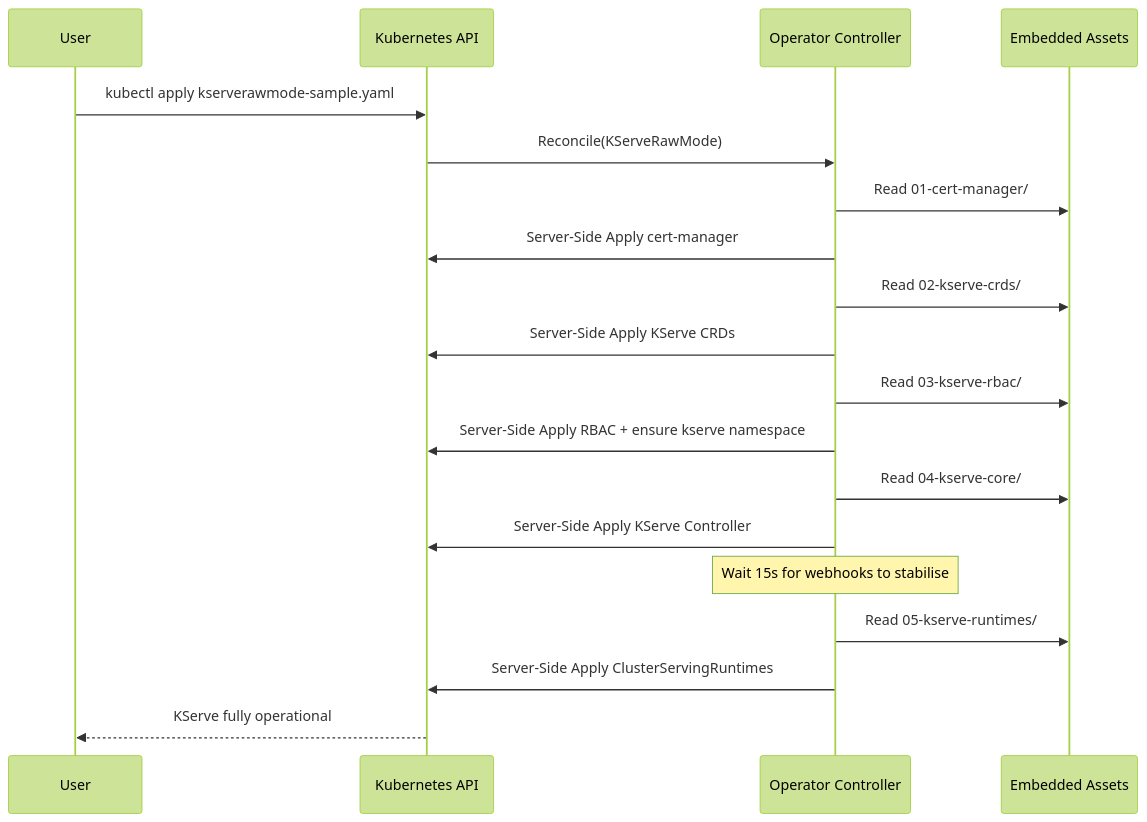
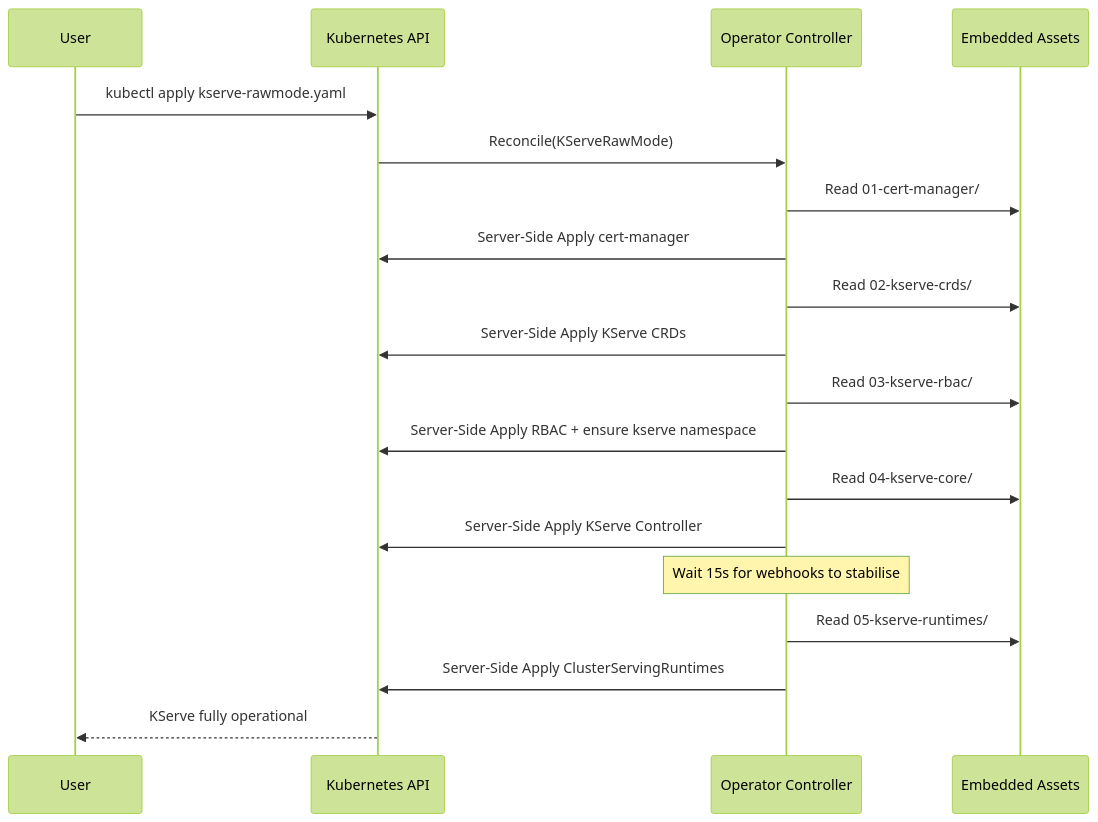
One commit to skyakash/kserve-op changed the second of 2 diagrams in architecture-diagram.md. Above: the diagram before and after it, drawn with Mermaid (forest theme). The commit also changed other lines of this file and 9 other files, not shown here.

First line of the commit message:
feat: auto-init CR on startup + rename to kserve-rawmode + fix OLM deploy docs

````diff
--- a/architecture-diagram.md
+++ b/architecture-diagram.md
@@ -63,22 +63,22 @@
 ```mermaid
 sequenceDiagram
     participant User
     participant K8s as Kubernetes API
     participant Ctrl as Operator Controller
     participant Assets as Embedded Assets
 
-    User->>K8s: kubectl apply kserverawmode-sample.yaml
+    User->>K8s: kubectl apply kserve-rawmode.yaml
     K8s->>Ctrl: Reconcile(KServeRawMode)
     Ctrl->>Assets: Read 01-cert-manager/
     Ctrl->>K8s: Server-Side Apply cert-manager
     Ctrl->>Assets: Read 02-kserve-crds/
     Ctrl->>K8s: Server-Side Apply KServe CRDs
     Ctrl->>Assets: Read 03-kserve-rbac/
     Ctrl->>K8s: Server-Side Apply RBAC + ensure kserve namespace
     Ctrl->>Assets: Read 04-kserve-core/
     Ctrl->>K8s: Server-Side Apply KServe Controller
     Note over Ctrl: Wait 15s for webhooks to stabilise
     Ctrl->>Assets: Read 05-kserve-runtimes/
     Ctrl->>K8s: Server-Side Apply ClusterServingRuntimes
     K8s-->>User: KServe fully operational
 ```
````
